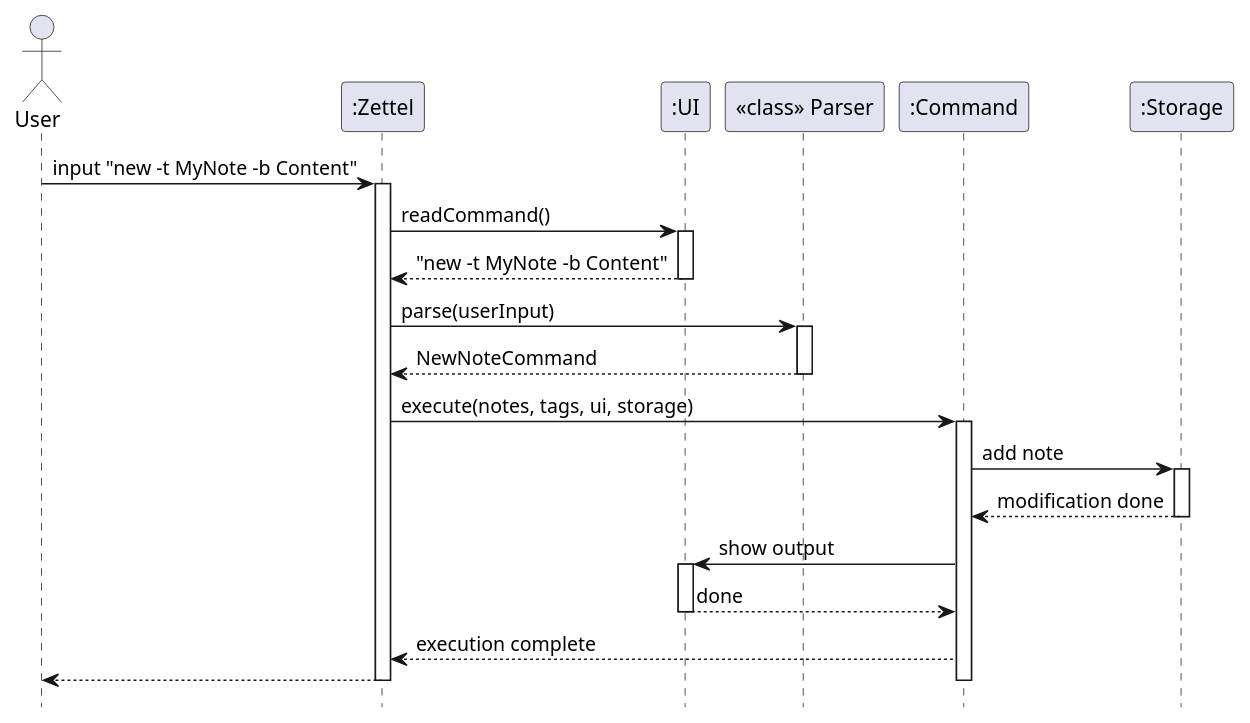
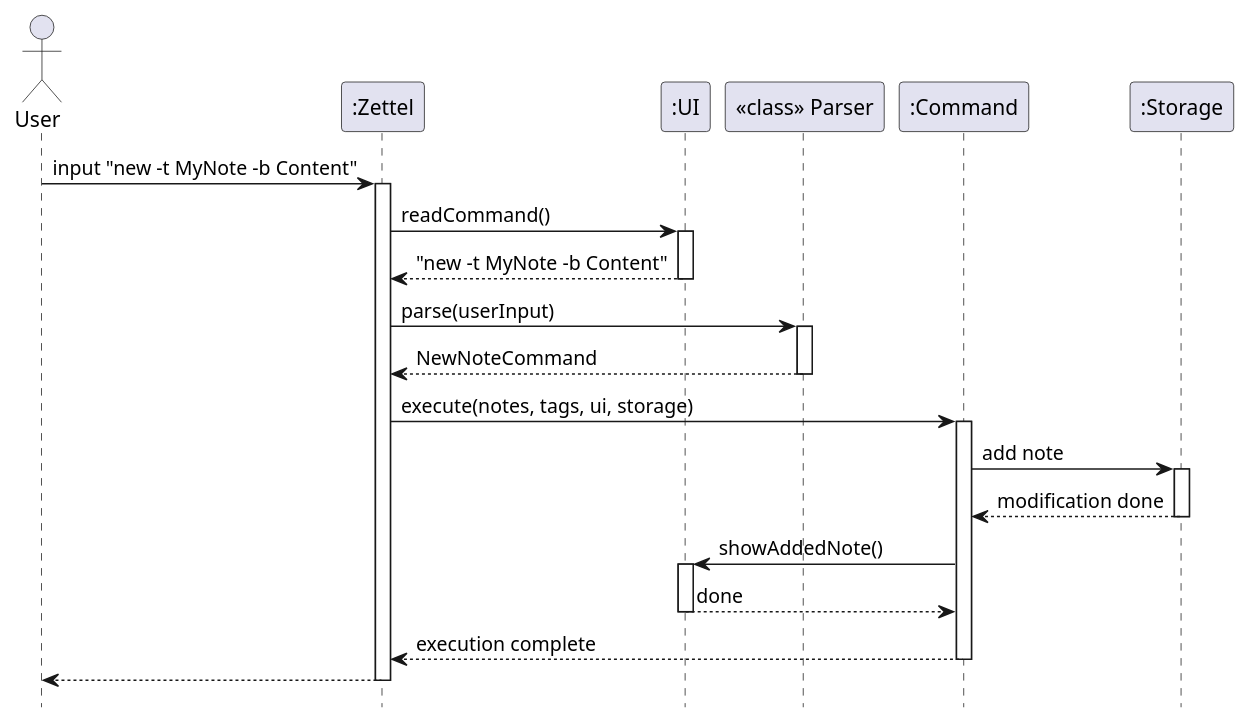
The diagram in docs/diagrams/ArchitectureSequence.puml (shauntsr/tp), drawn with PlantUML before and after one commit. The commit also changed 11 other files, not shown here.

Commit message:
Update diagrams according to review

```diff
--- a/docs/diagrams/ArchitectureSequence.puml
+++ b/docs/diagrams/ArchitectureSequence.puml
@@ -1,41 +1,41 @@
 @startuml ArchitectureSequence
 hide footbox
 
 actor User
 participant ":Zettel"
 participant ":UI"
 participant "<<class>> Parser" as Parser
 participant ":Command"
 participant ":Storage"
 
 
 User -> ":Zettel": input "new -t MyNote -b Content"
 activate ":Zettel"
 ":Zettel" -> ":UI": readCommand()
 activate ":UI"
 ":UI" --> ":Zettel": "new -t MyNote -b Content"
 deactivate ":UI"
 
 ":Zettel" -> "Parser": parse(userInput)
 activate "Parser"
 "Parser" --> ":Zettel": NewNoteCommand
 deactivate "Parser"
 
 ":Zettel" -> ":Command": execute(notes, tags, ui, storage)
 activate ":Command"
 
 ":Command" -> ":Storage": add note
 activate ":Storage"
 ":Storage" --> ":Command": modification done
 deactivate ":Storage"
 
-":Command" -> ":UI": show output
+":Command" -> ":UI": showAddedNote()
 activate ":UI"
 ":UI" --> ":Command": done
 deactivate ":UI"
 
 ":Command" --> ":Zettel": execution complete
+deactivate ":Command"
 ":Zettel" --> "User"
-deactivate ":Command"
 deactivate ":Zettel"
 @enduml
```
